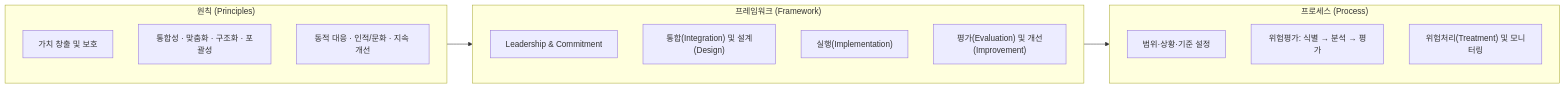
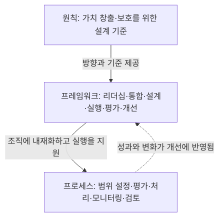
The second of 3 diagrams in src/content/docs/notes/itpe/01-it-strategy/069_iso_31000.md (agnusdei1207/study), drawn with Mermaid before and after one commit. The commit also changed other lines of this file and 2 other files, not shown here.

````diff
--- a/src/content/docs/notes/itpe/01-it-strategy/069_iso_31000.md
+++ b/src/content/docs/notes/itpe/01-it-strategy/069_iso_31000.md
@@ -114,26 +97,9 @@
 ```mermaid
-flowchart LR
-    subgraph PRI["원칙 (Principles)"]
-        direction TB
-        P1["가치 창출 및 보호"]
-        P2["통합성 · 맞춤화 · 구조화 · 포괄성"]
-        P3["동적 대응 · 인적/문화 · 지속 개선"]
-    end
-
-    subgraph FRA["프레임워크 (Framework)"]
-        direction TB
-        F1["Leadership & Commitment"]
-        F2["통합(Integration) 및 설계(Design)"]
-        F3["실행(Implementation)"]
-        F4["평가(Evaluation) 및 개선(Improvement)"]
-    end
-
-    subgraph PRO["프로세스 (Process)"]
-        direction TB
-        PR1["범위·상황·기준 설정"]
-        PR2["위험평가: 식별 → 분석 → 평가"]
-        PR3["위험처리(Treatment) 및 모니터링"]
-    end
-
-    PRI --> FRA --> PRO
+flowchart TD
+    P["원칙: 가치 창출·보호를 위한 설계 기준"]
+    F["프레임워크: 리더십·통합·설계·실행·평가·개선"]
+    R["프로세스: 범위 설정·평가·처리·모니터링·검토"]
+    P -->|방향과 기준 제공| F
+    F -->|조직에 내재화하고 실행을 지원| R
+    R -.->|성과와 변화가 개선에 반영됨| F
 ```
````
